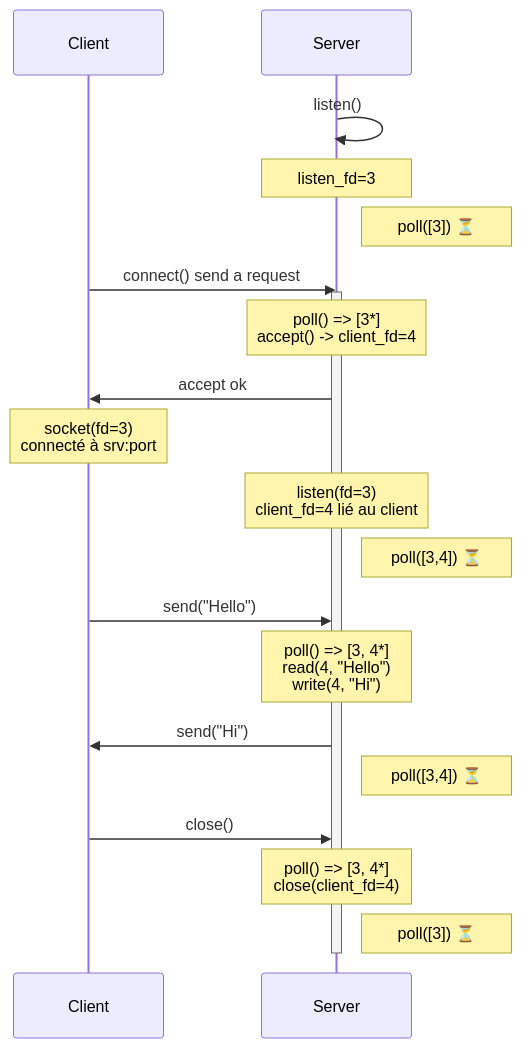
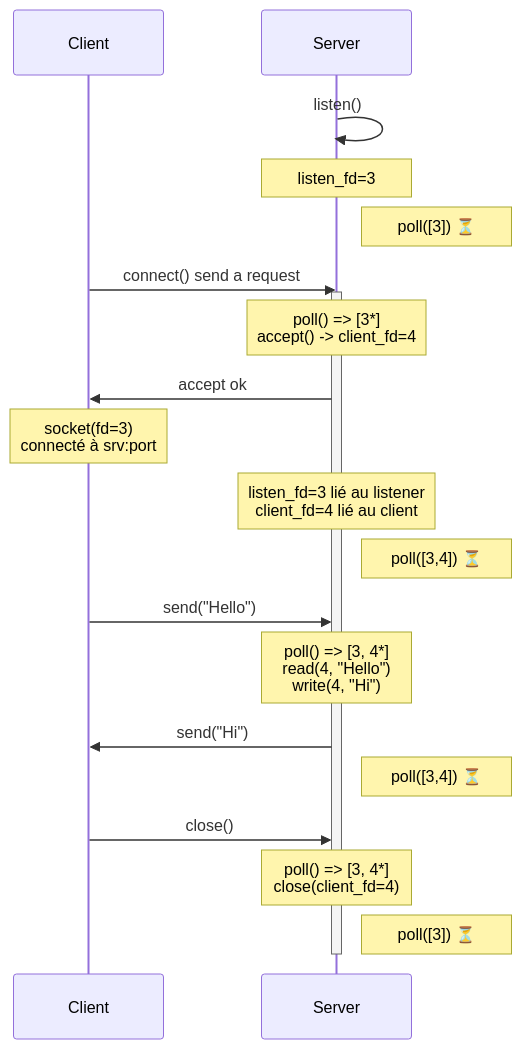
One commit to NaitYoussef/rust-io-example changed the diagram in presentation/schema-mermaid/poll.md. Above: the diagram before and after it, drawn with Mermaid. The commit also changed 1 other file, not shown here.

Commit message:
add io_uring example and clarify listener vs client fd in poll diagram

````diff
--- a/presentation/schema-mermaid/poll.md
+++ b/presentation/schema-mermaid/poll.md
@@ -1,33 +1,33 @@
 ```mermaid
 %%{ init: {"theme": "default",
            "themeVariables": { "wrap": "false", 'fontSize': '24px' },
            "flowchart": { "curve": "default",
                           "markdownAutoWrap":"false",
                           "wrappingWidth": "600" }
            }
 }%%
 sequenceDiagram
 
    participant C as Client
    participant S as Server
 
    S->>S: listen()
    Note over S: listen_fd=3
    Note right of S: poll([3]) ⏳
    C->>S: connect() send a request 
    activate S
    Note over S: poll() => [3*]<br/>accept() -> client_fd=4
    S->>C: accept ok
    Note over C: socket(fd=3)<br/>connecté à srv:port
-   Note over S: listen(fd=3)<br/>client_fd=4 lié au client
+   Note over S: listen_fd=3 lié au listener<br/>client_fd=4 lié au client
    Note right of S: poll([3,4]) ⏳
    C->>S: send("Hello")
    Note over S: poll() => [3, 4*]<br/>read(4, "Hello")<br/>write(4, "Hi")
    S->>C: send("Hi")
    Note right of S: poll([3,4]) ⏳
    C->>S: close()
    Note over S: poll() => [3, 4*]<br/>close(client_fd=4)
    Note right of S: poll([3]) ⏳
    deactivate S
 
 ```
````
